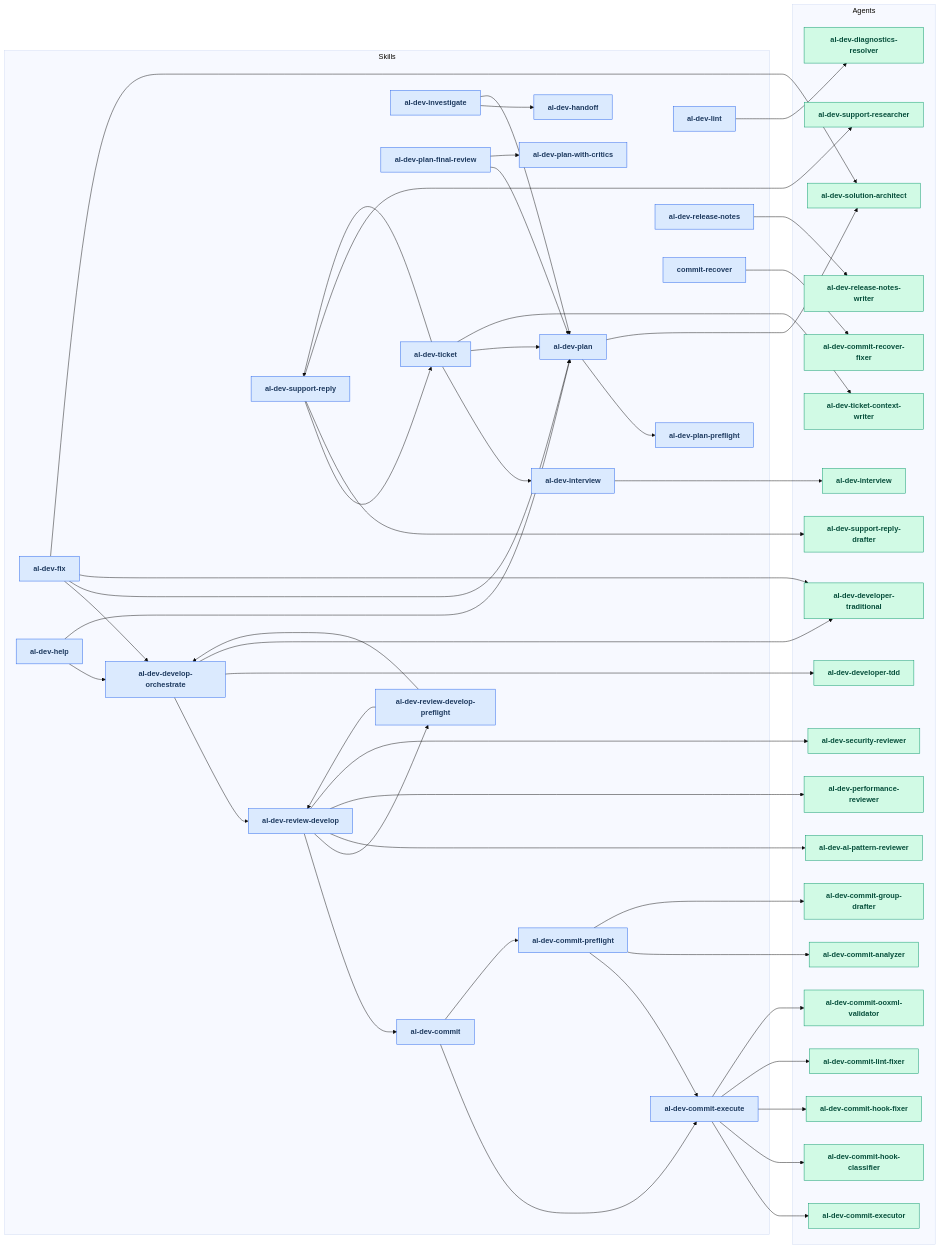
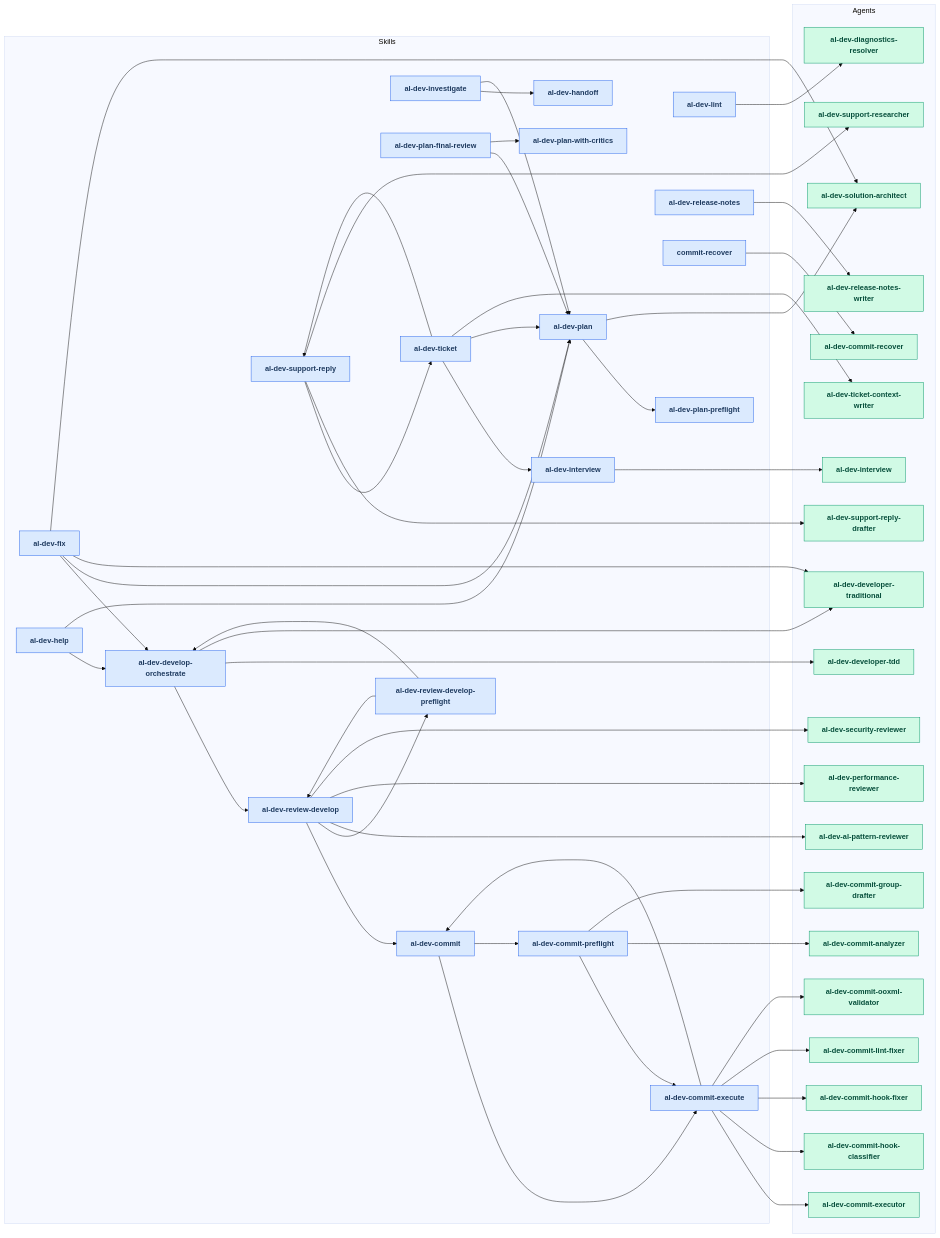
The first of 2 diagrams in docs/al-dev-workflow-diagrams.md (russell-laing/al-dev-shared), drawn with Mermaid (base theme) before and after one commit. The commit also changed 4 other files, not shown here.

Commit message:
🚚 refactor(al-dev-commit-recover): rename from fixer suffix

```diff
--- a/docs/al-dev-workflow-diagrams.md
+++ b/docs/al-dev-workflow-diagrams.md
@@ -42,7 +42,7 @@
         agent_al_dev_commit_hook_fixer[al-dev-commit-hook-fixer]
         agent_al_dev_commit_lint_fixer[al-dev-commit-lint-fixer]
         agent_al_dev_commit_ooxml_validator[al-dev-commit-ooxml-validator]
-        agent_al_dev_commit_recover_fixer[al-dev-commit-recover-fixer]
+        agent_al_dev_commit_recover[al-dev-commit-recover]
         agent_al_dev_developer_tdd[al-dev-developer-tdd]
         agent_al_dev_developer_traditional[al-dev-developer-traditional]
         agent_al_dev_diagnostics_resolver[al-dev-diagnostics-resolver]
@@ -58,6 +58,7 @@
 
     skill_al_dev_commit --> skill_al_dev_commit_execute
     skill_al_dev_commit --> skill_al_dev_commit_preflight
+    skill_al_dev_commit_execute --> skill_al_dev_commit
     skill_al_dev_commit_preflight --> skill_al_dev_commit_execute
     skill_al_dev_develop_orchestrate --> skill_al_dev_review_develop
     skill_al_dev_fix --> skill_al_dev_develop_orchestrate
@@ -98,7 +99,7 @@
     skill_al_dev_support_reply --> agent_al_dev_support_reply_drafter
     skill_al_dev_support_reply --> agent_al_dev_support_researcher
     skill_al_dev_ticket --> agent_al_dev_ticket_context_writer
-    skill_commit_recover --> agent_al_dev_commit_recover_fixer
+    skill_commit_recover --> agent_al_dev_commit_recover
 
     class skill_al_dev_commit skillNode
     class skill_al_dev_commit_execute skillNode
@@ -128,7 +129,7 @@
     class agent_al_dev_commit_hook_fixer agentNode
     class agent_al_dev_commit_lint_fixer agentNode
     class agent_al_dev_commit_ooxml_validator agentNode
-    class agent_al_dev_commit_recover_fixer agentNode
+    class agent_al_dev_commit_recover agentNode
     class agent_al_dev_developer_tdd agentNode
     class agent_al_dev_developer_traditional agentNode
     class agent_al_dev_diagnostics_resolver agentNode
```
